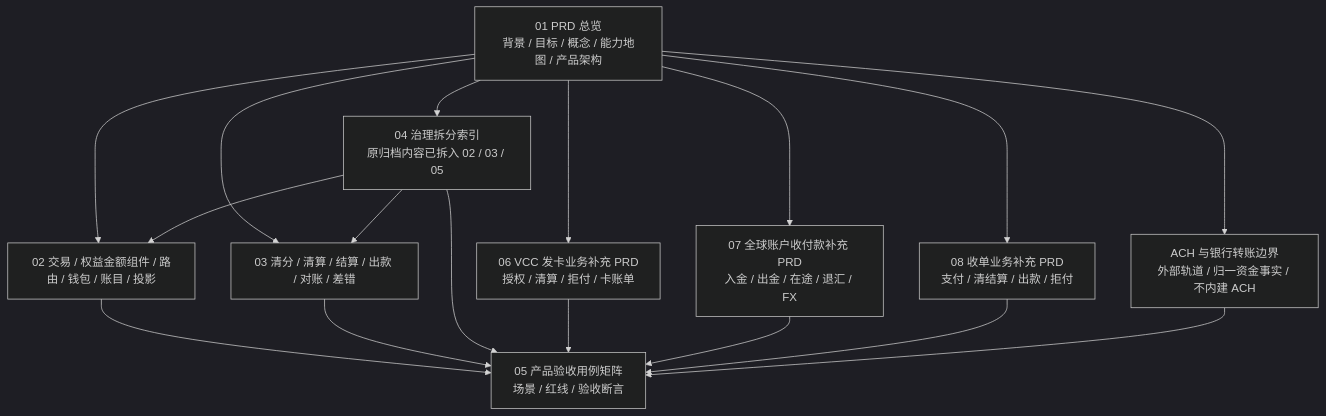
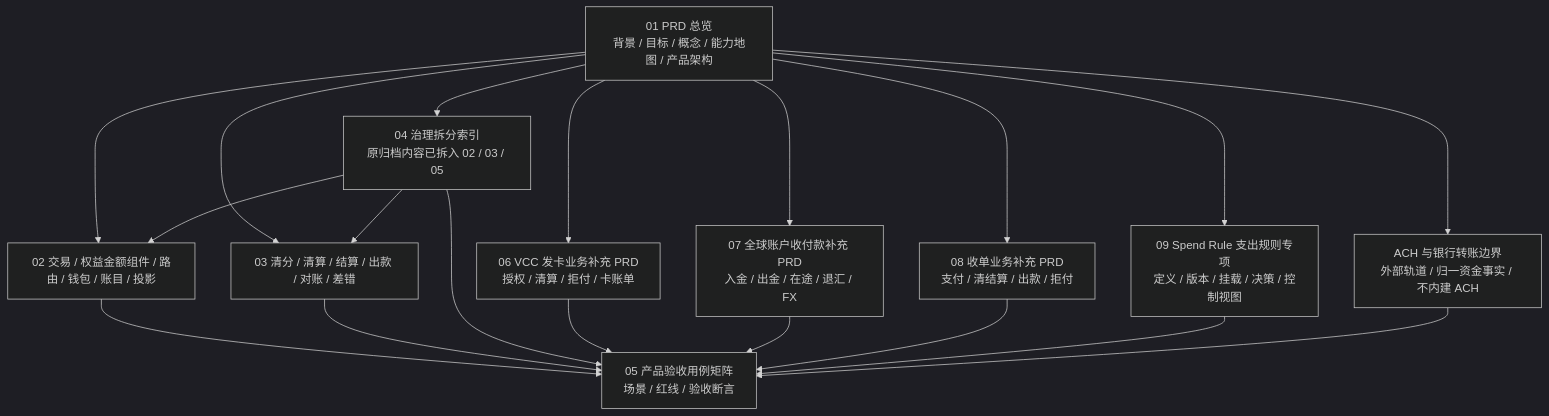
One commit to fengwuxp/wind-funds changed the diagram in docs/产品设计/README.md. Above: the diagram before and after it, drawn with Mermaid (dark theme). The commit also changed other lines of this file and 50 other files, not shown here.

Commit message:
feat: 补齐 Spend Rule 支出规则服务闭环

````diff
--- a/docs/产品设计/README.md
+++ b/docs/产品设计/README.md
@@ -77,19 +78,21 @@
 ```mermaid
 flowchart TB
     Overview["01 PRD 总览\n背景 / 目标 / 概念 / 能力地图 / 产品架构"] --> Tx["02 交易 / 权益金额组件 / 路由 / 钱包 / 账目 / 投影"]
     Overview --> Clearing["03 清分 / 清算 / 结算 / 出款 / 对账 / 差错"]
     Overview --> GovernanceIndex["04 治理拆分索引\n原归档内容已拆入 02 / 03 / 05"]
     Tx --> Matrix["05 产品验收用例矩阵\n场景 / 红线 / 验收断言"]
     Clearing --> Matrix
     GovernanceIndex --> Tx
     GovernanceIndex --> Clearing
     GovernanceIndex --> Matrix
     Overview --> Vcc["06 VCC 发卡业务补充 PRD\n授权 / 清算 / 拒付 / 卡账单"]
     Overview --> Global["07 全球账户收付款补充 PRD\n入金 / 出金 / 在途 / 退汇 / FX"]
     Overview --> Acquiring["08 收单业务补充 PRD\n支付 / 清结算 / 出款 / 拒付"]
+    Overview --> SpendRule["09 Spend Rule 支出规则专项\n定义 / 版本 / 挂载 / 决策 / 控制视图"]
     Overview --> AchBoundary["ACH 与银行转账边界\n外部轨道 / 归一资金事实 / 不内建 ACH"]
     Vcc --> Matrix
     Global --> Matrix
     Acquiring --> Matrix
+    SpendRule --> Matrix
     AchBoundary --> Matrix
 ```
````
